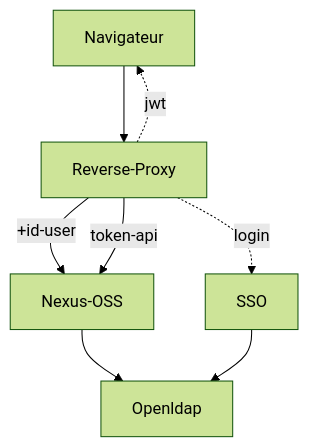
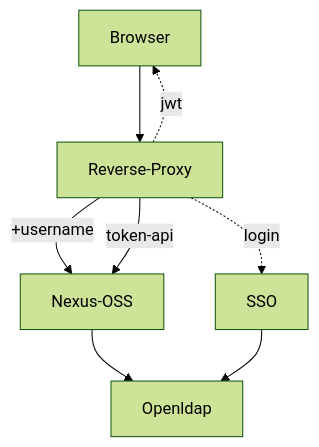
The diagram in readme.md (chdeul/oidc_reverse_proxy), drawn with Mermaid (forest theme) before and after one commit. The commit also changed other lines of this file and 21 other files, not shown here.

````diff
--- a/readme.md
+++ b/readme.md
@@ -21,10 +19,10 @@
 ```mermaid
 graph TD;
-    Navigateur --> Reverse-Proxy;
-    Reverse-Proxy -.->|jwt| Navigateur;
+    Browser --> Reverse-Proxy;
+    Reverse-Proxy -.->|jwt| Browser;
     Reverse-Proxy -.->|login| SSO;
-    Reverse-Proxy --+id-user--> Nexus-OSS; 
+    Reverse-Proxy --+username--> Nexus-OSS; 
     Reverse-Proxy --token-api--> Nexus-OSS;   
     Nexus-OSS --> Openldap;
     SSO --> Openldap
 ```
````
